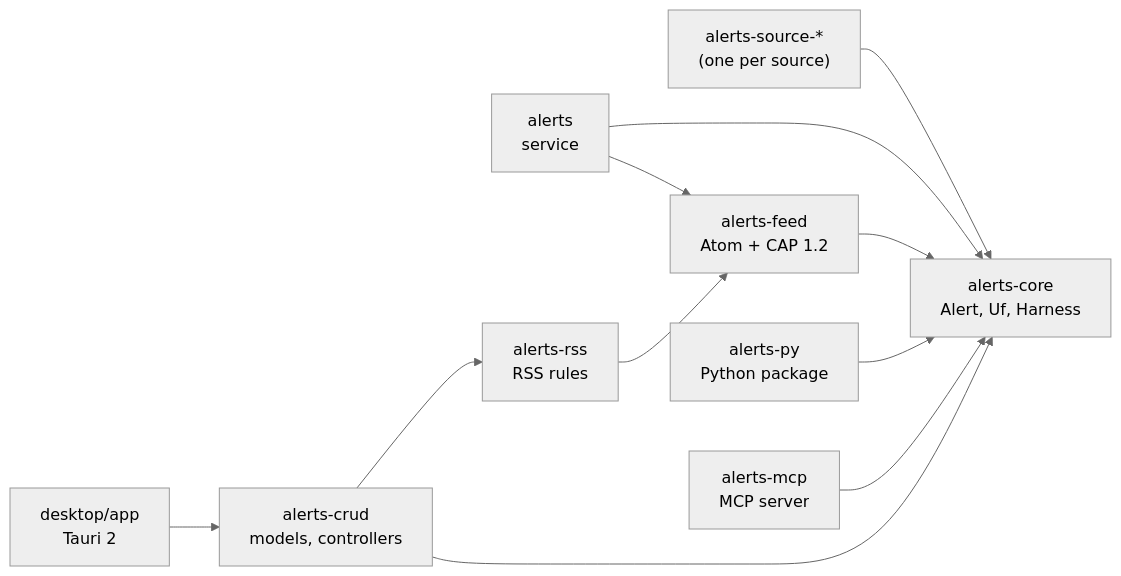
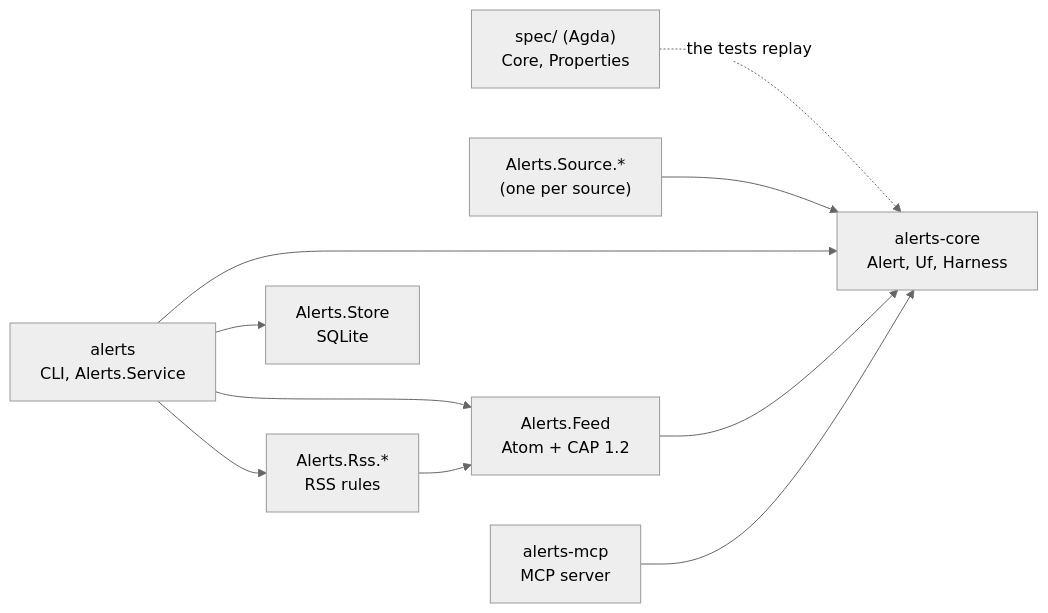
Before and after one commit to piabrota/alerts: the diagram in README.md, drawn with Mermaid (neutral theme). The commit also changed other lines of this file and 227 other files, not shown here.

First line of the commit message:
feat: alerts inteiro em Haskell com especificação em Agda, sem Rust e sem mobile

````diff
--- a/README.md
+++ b/README.md
@@ -160,13 +159,12 @@
 ```mermaid
-%% figure: crates
-%% title: Which crates exist, and which crate depends on which?
+%% figure: packages
+%% title: Which modules exist, and which module depends on which?
 flowchart LR
-    S["alerts-source-*<br/>(one per source)"] --> C["alerts-core<br/>Alert, Uf, Harness"]
-    D["alerts<br/>service"] --> C
-    D --> F["alerts-feed<br/>Atom + CAP 1.2"] --> C
-    P["alerts-py<br/>Python package"] --> C
+    Spec["spec/ (Agda)<br/>Core, Properties"] -. "the tests replay" .-> C
+    S["Alerts.Source.*<br/>(one per source)"] --> C["alerts-core<br/>Alert, Uf, Harness"]
+    D["alerts<br/>CLI, Alerts.Service"] --> C
+    D --> F["Alerts.Feed<br/>Atom + CAP 1.2"] --> C
+    D --> X["Alerts.Rss.*<br/>RSS rules"] --> F
+    D --> St["Alerts.Store<br/>SQLite"]
     M["alerts-mcp<br/>MCP server"] --> C
-    R["alerts-crud<br/>models, controllers"] --> C
-    R --> X["alerts-rss<br/>RSS rules"] --> F
-    T["desktop/app<br/>Tauri 2"] --> R
 ```
````
